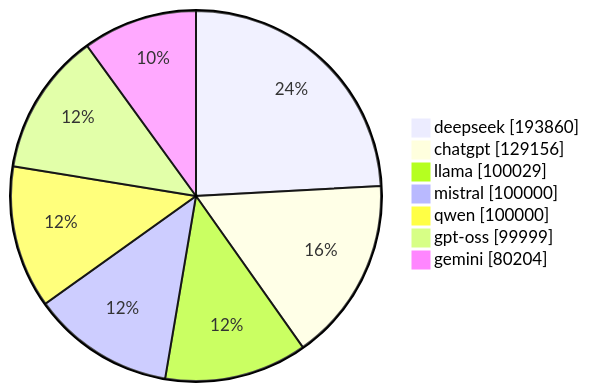
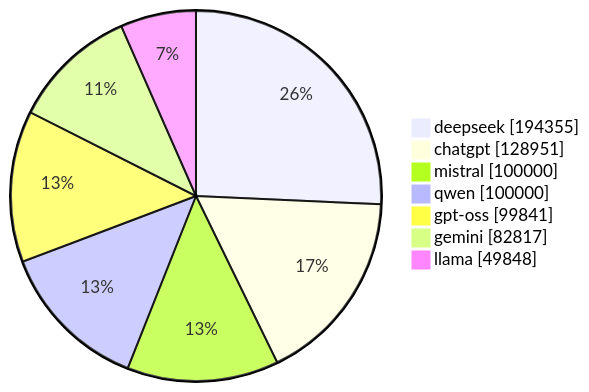
The diagram in README.md (gqgs/llm100kbench), drawn with Mermaid before and after one commit. The commit also changed other lines of this file and 17 other files, not shown here.

````diff
--- a/README.md
+++ b/README.md
@@ -50,10 +50,10 @@
 ```mermaid
 pie showData
-    "deepseek" : 193860
-    "chatgpt" : 129156
-    "llama" : 100029
+    "deepseek" : 194355
+    "chatgpt" : 128951
     "mistral" : 100000
     "qwen" : 100000
-    "gpt-oss" : 99999
-    "gemini" : 80204
+    "gpt-oss" : 99841
+    "gemini" : 82817
+    "llama" : 49848
 ```
````
